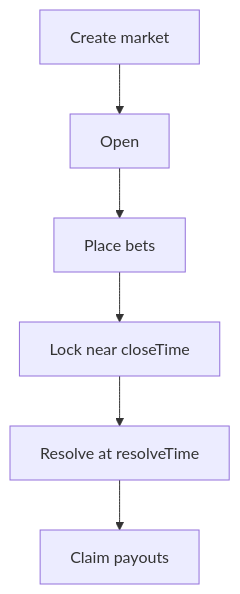
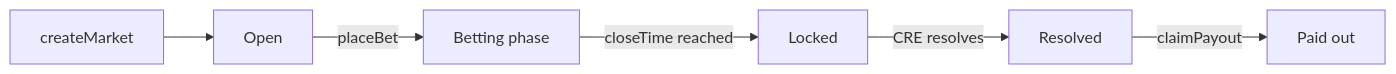
One commit to Quantumquirkz/PraesagiumChain changed the fourth of 5 diagrams in README.md. Above: the diagram before and after it, drawn with Mermaid. The commit also changed other lines of this file and 8 other files, not shown here.

````diff
--- a/README.md
+++ b/README.md
@@ -160,8 +153,8 @@
 ```mermaid
-flowchart TD
-    Create[Create market] --> Open[Open]
-    Open --> Bets[Place bets]
-    Bets --> Lock[Lock near closeTime]
-    Lock --> Resolve[Resolve at resolveTime]
-    Resolve --> Payout[Claim payouts]
+flowchart LR
+    Create[createMarket] --> Open[Open]
+    Open -->|placeBet| Betting[Betting phase]
+    Betting -->|closeTime reached| Locked[Locked]
+    Locked -->|CRE resolves| Resolved[Resolved]
+    Resolved -->|claimPayout| Paid[Paid out]
 ```
````
